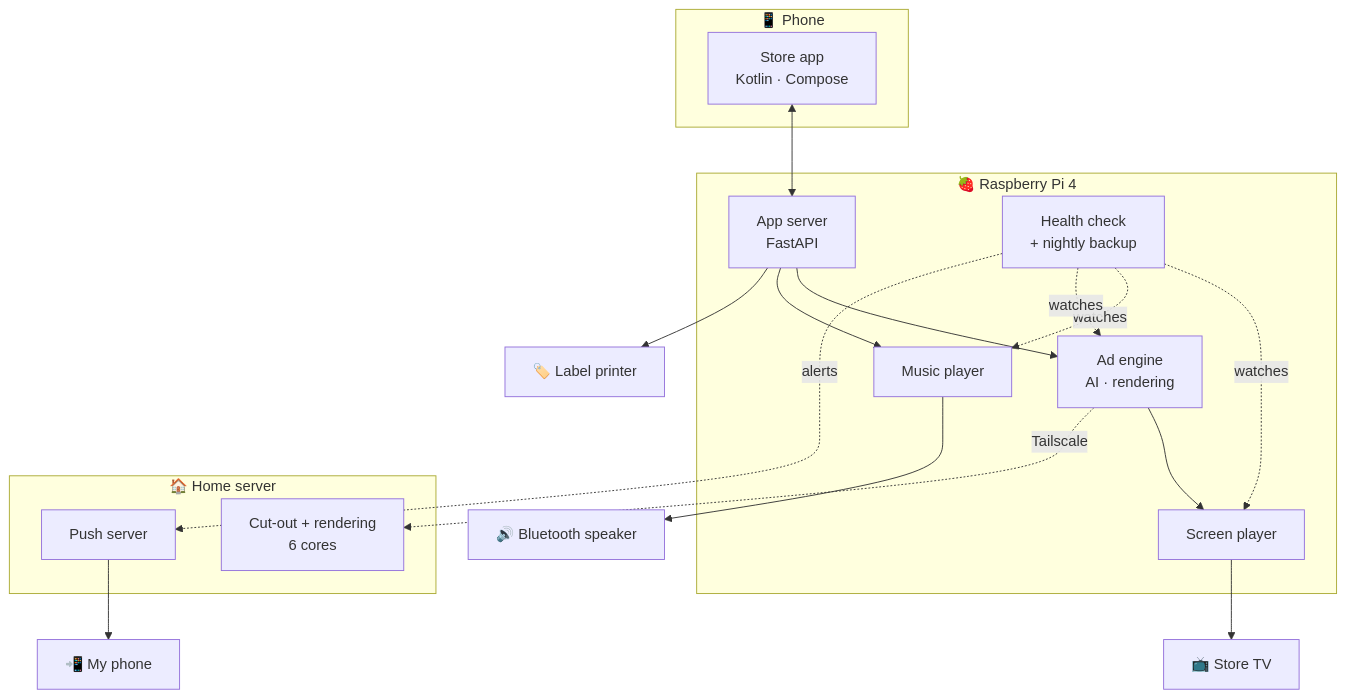
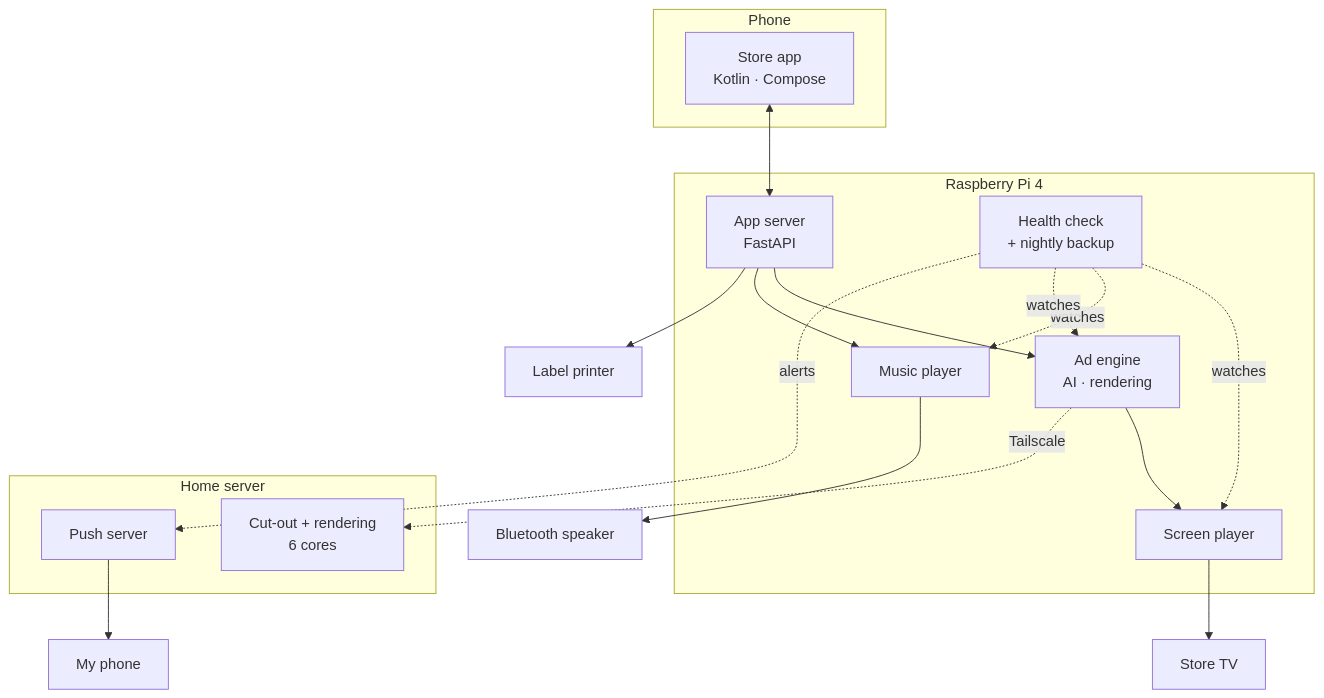
One commit to MohammadIssa04/smart-store-screen changed the second of 2 diagrams in README.md. Above: the diagram before and after it, drawn with Mermaid. The commit also changed other lines of this file, not shown here.

````diff
--- a/README.md
+++ b/README.md
@@ -243,26 +242,26 @@
 ```mermaid
 flowchart TB
-    subgraph Phone["📱 Phone"]
+    subgraph Phone[" Phone"]
         APP["Store app<br/>Kotlin · Compose"]
     end
-    subgraph Pi["🍓 Raspberry Pi 4"]
+    subgraph Pi[" Raspberry Pi 4"]
         API["App server<br/>FastAPI"]
         BOT["Ad engine<br/>AI · rendering"]
         MUS["Music player"]
         SIGN["Screen player"]
         HEALTH["Health check<br/>+ nightly backup"]
     end
     APP <--> API
     API --> BOT --> SIGN
     API --> MUS
     HEALTH -.watches.-> SIGN & MUS & BOT
-    subgraph Home["🏠 Home server"]
+    subgraph Home[" Home server"]
         GPU["Cut-out + rendering<br/>6 cores"]
         NTFY["Push server"]
     end
     BOT -.Tailscale.-> GPU
-    HEALTH -.alerts.-> NTFY --> ME["📲 My phone"]
-    SIGN --> TV["📺 Store TV"]
-    MUS --> SPK["🔊 Bluetooth speaker"]
-    API --> PRN["🏷️ Label printer"]
+    HEALTH -.alerts.-> NTFY --> ME[" My phone"]
+    SIGN --> TV[" Store TV"]
+    MUS --> SPK[" Bluetooth speaker"]
+    API --> PRN[" Label printer"]
 ```
````
